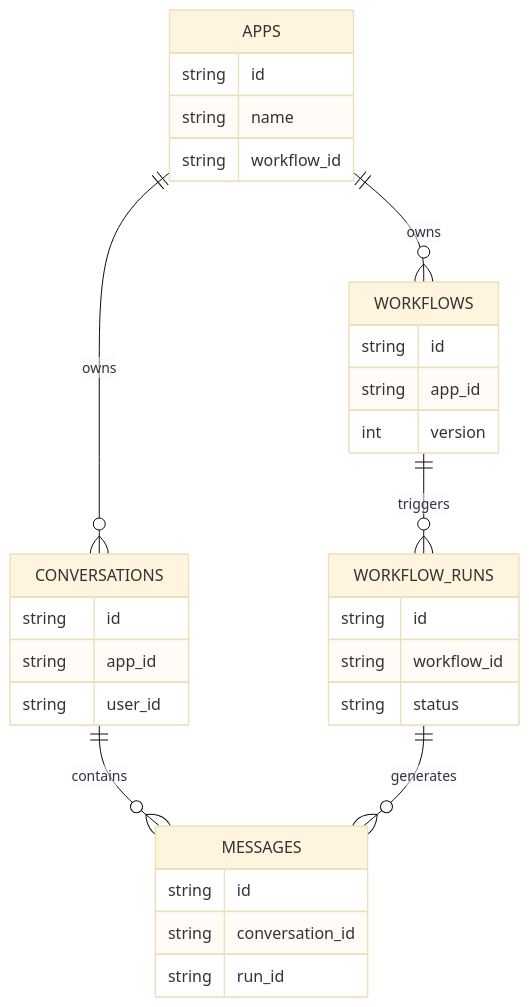
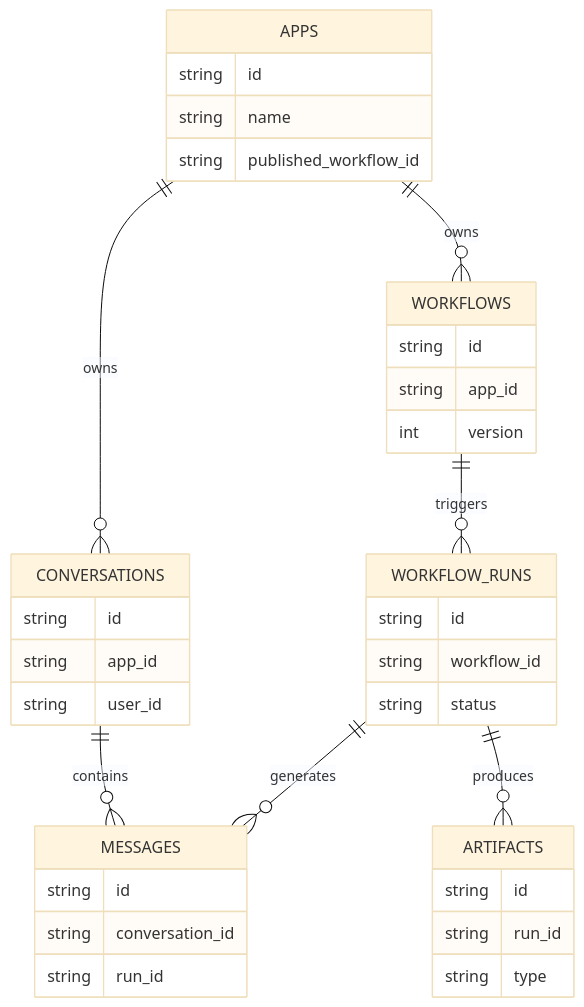
The second of 2 diagrams in 7.提示词与AI协作/分析维度与标准出图/数据模型图.md (amuqiao/FastAPI-MVC), drawn with Mermaid (base theme) before and after one commit. The commit also changed other lines of this file and 23 other files, not shown here.

````diff
--- a/7.提示词与AI协作/分析维度与标准出图/数据模型图.md
+++ b/7.提示词与AI协作/分析维度与标准出图/数据模型图.md
@@ -51,34 +64,40 @@
 ```mermaid
 erDiagram
     APPS ||--o{ WORKFLOWS : owns
     APPS ||--o{ CONVERSATIONS : owns
     WORKFLOWS ||--o{ WORKFLOW_RUNS : triggers
     CONVERSATIONS ||--o{ MESSAGES : contains
     WORKFLOW_RUNS ||--o{ MESSAGES : generates
+    WORKFLOW_RUNS ||--o{ ARTIFACTS : produces
 
     APPS {
       string id
       string name
-      string workflow_id
+      string published_workflow_id
     }
     WORKFLOWS {
       string id
       string app_id
       int version
     }
     WORKFLOW_RUNS {
       string id
       string workflow_id
       string status
     }
     CONVERSATIONS {
       string id
       string app_id
       string user_id
     }
     MESSAGES {
       string id
       string conversation_id
       string run_id
     }
+    ARTIFACTS {
+      string id
+      string run_id
+      string type
+    }
 ```
````
